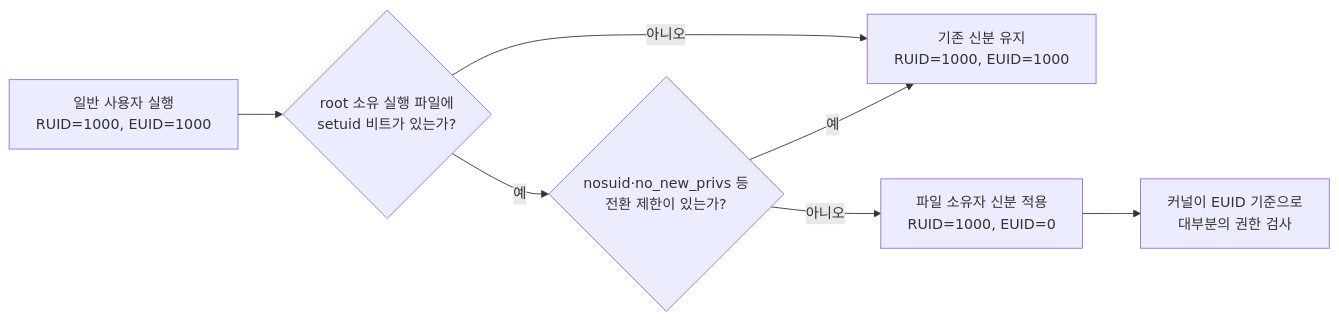
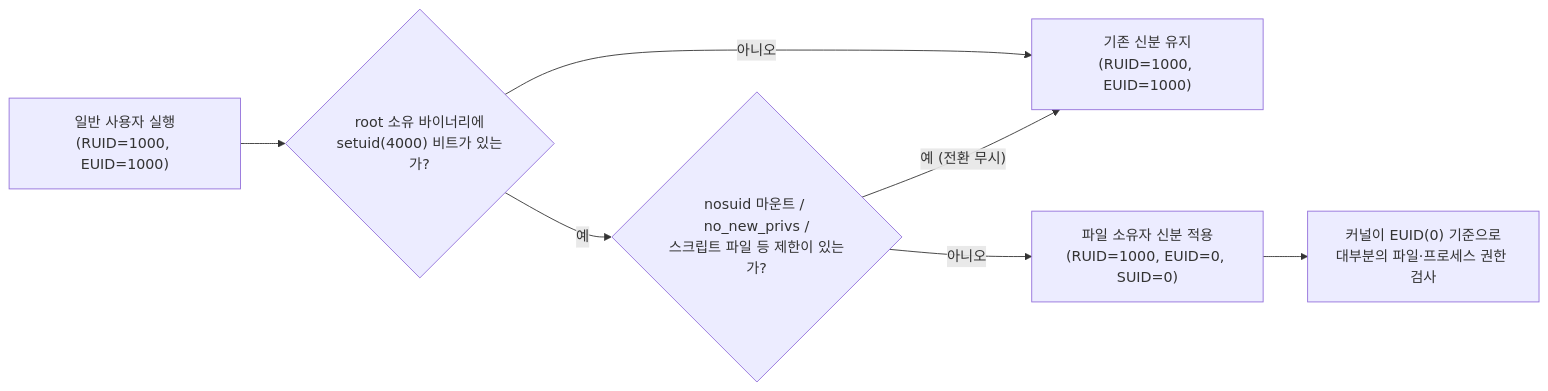
Before and after one commit to gooyong-sec/gooyong-sec.github.io: the second of 3 diagrams in content/모의해킹 기초/Linux 권한상승을 위한 OS 내부구조 — SUID, Capabilities, PATH, cron와 systemd.md, drawn with Mermaid. The commit also changed other lines of this file and 68 other files, not shown here.

````diff
--- a/content/모의해킹 기초/Linux 권한상승을 위한 OS 내부구조 — SUID, Capabilities, PATH, cron와 systemd.md
+++ b/content/모의해킹 기초/Linux 권한상승을 위한 OS 내부구조 — SUID, Capabilities, PATH, cron와 systemd.md
@@ -23,9 +45,9 @@
 ```mermaid
 flowchart LR
-    A[일반 사용자 실행\nRUID=1000, EUID=1000] --> B{root 소유 실행 파일에\nsetuid 비트가 있는가?}
-    B -- 아니오 --> C[기존 신분 유지\nRUID=1000, EUID=1000]
-    B -- 예 --> D{nosuid·no_new_privs 등\n전환 제한이 있는가?}
-    D -- 예 --> C
-    D -- 아니오 --> E[파일 소유자 신분 적용\nRUID=1000, EUID=0]
-    E --> F[커널이 EUID 기준으로\n대부분의 권한 검사]
+    A["일반 사용자 실행<br/>(RUID=1000, EUID=1000)"] --> B{"root 소유 바이너리에<br/>setuid(4000) 비트가 있는가?"}
+    B -- "아니오" --> C["기존 신분 유지<br/>(RUID=1000, EUID=1000)"]
+    B -- "예" --> D{"nosuid 마운트 / no_new_privs /<br/>스크립트 파일 등 제한이 있는가?"}
+    D -- "예 (전환 무시)" --> C
+    D -- "아니오" --> E["파일 소유자 신분 적용<br/>(RUID=1000, EUID=0, SUID=0)"]
+    E --> F["커널이 EUID(0) 기준으로<br/>대부분의 파일·프로세스 권한 검사"]
 ```
````
